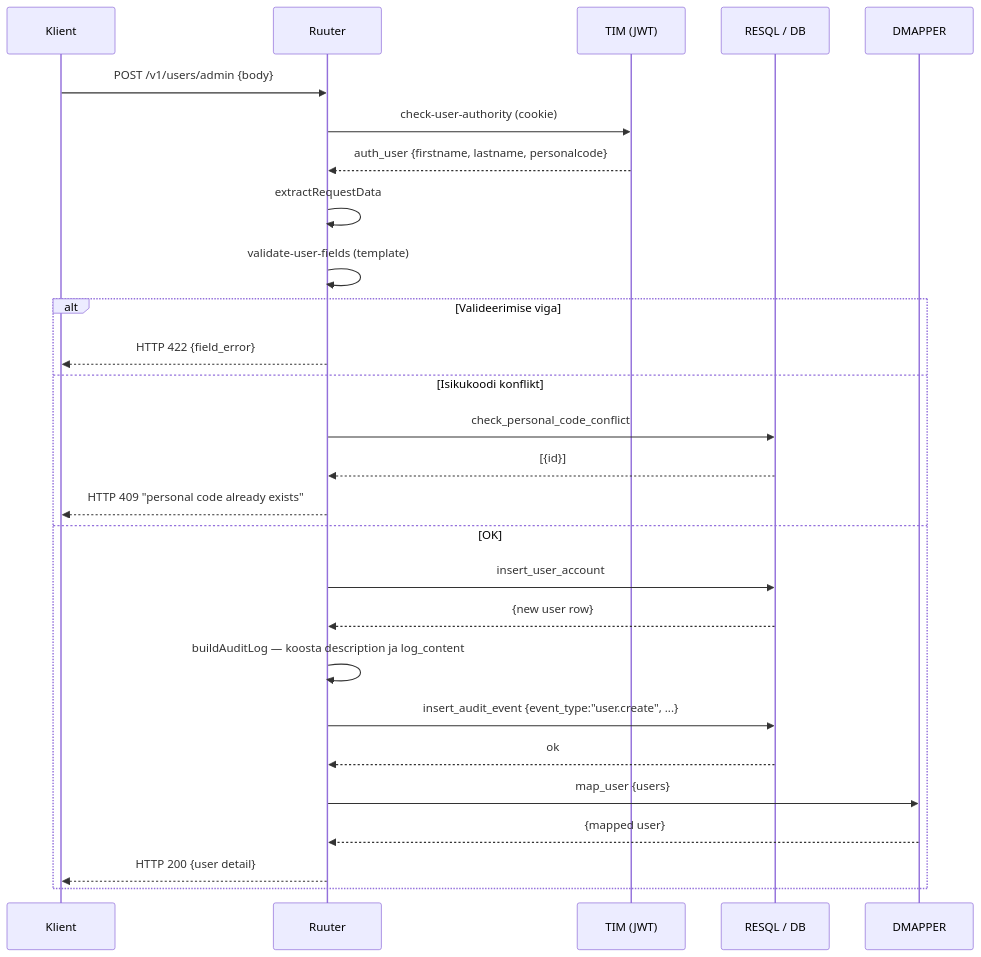
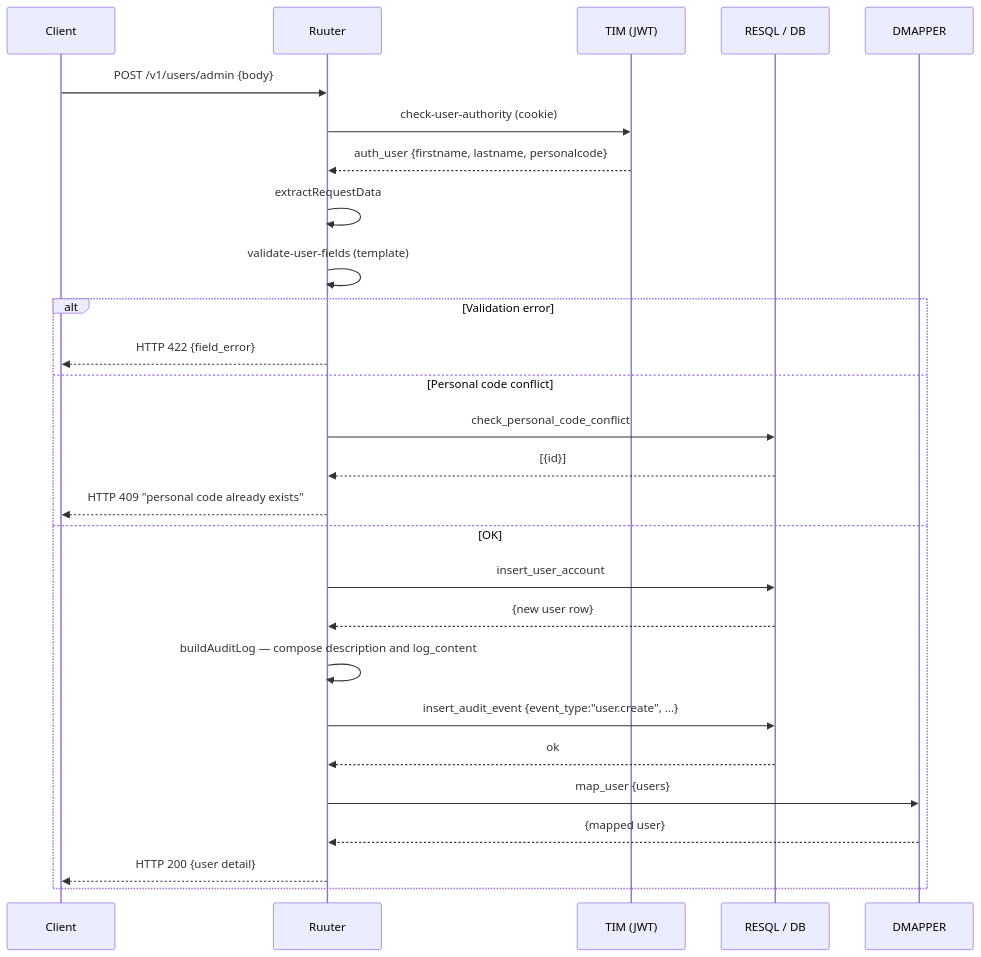
Before and after one commit to kemit-ee/ljvis-2: the first of 4 diagrams in docs/audit-logging.md, drawn with Mermaid. The commit also changed other lines of this file, not shown here.

First line of the commit message:
fix(audit): hash personal codes in audit-logging examples

````diff
--- a/docs/audit-logging.md
+++ b/docs/audit-logging.md
@@ -161,30 +161,30 @@
 ```mermaid
 sequenceDiagram
-    participant K as Klient
+    participant K as Client
     participant R as Ruuter
     participant T as TIM (JWT)
     participant DB as RESQL / DB
     participant DM as DMAPPER
 
     K->>R: POST /v1/users/admin {body}
     R->>T: check-user-authority (cookie)
     T-->>R: auth_user {firstname, lastname, personalcode}
     R->>R: extractRequestData
     R->>R: validate-user-fields (template)
-    alt Valideerimise viga
+    alt Validation error
         R-->>K: HTTP 422 {field_error}
-    else Isikukoodi konflikt
+    else Personal code conflict
         R->>DB: check_personal_code_conflict
         DB-->>R: [{id}]
         R-->>K: HTTP 409 "personal code already exists"
     else OK
         R->>DB: insert_user_account
         DB-->>R: {new user row}
-        R->>R: buildAuditLog — koosta description ja log_content
+        R->>R: buildAuditLog — compose description and log_content
         R->>DB: insert_audit_event {event_type:"user.create", ...}
         DB-->>R: ok
         R->>DM: map_user {users}
         DM-->>R: {mapped user}
         R-->>K: HTTP 200 {user detail}
     end
 ```
````
